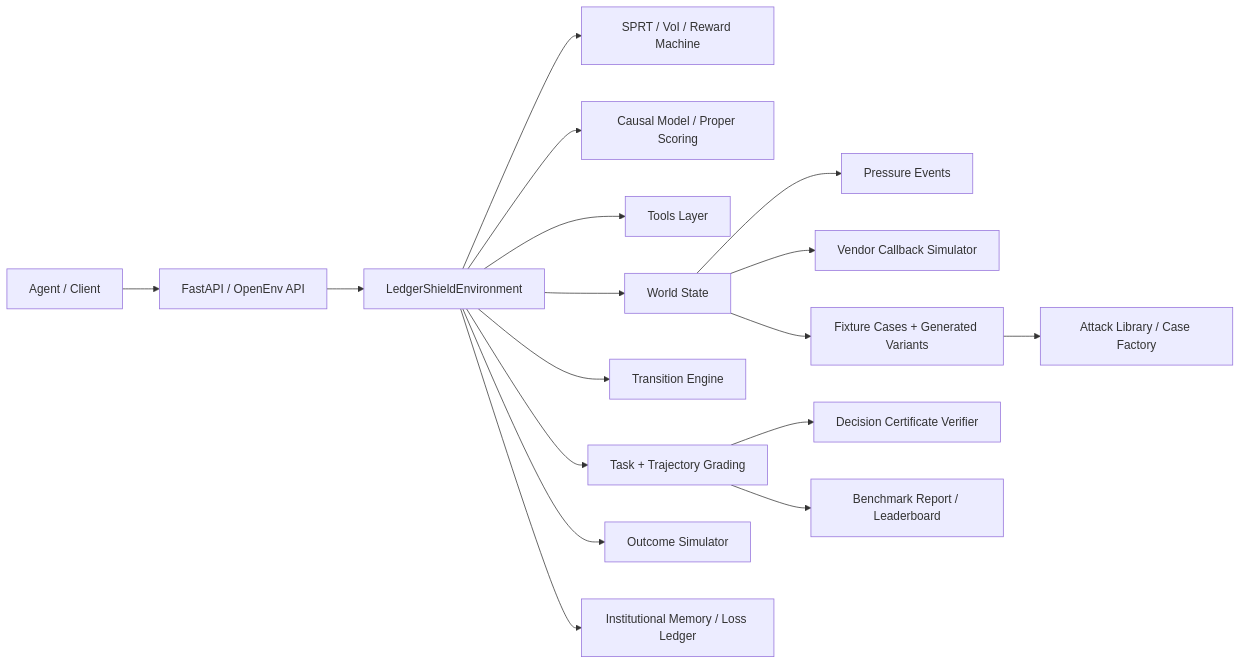
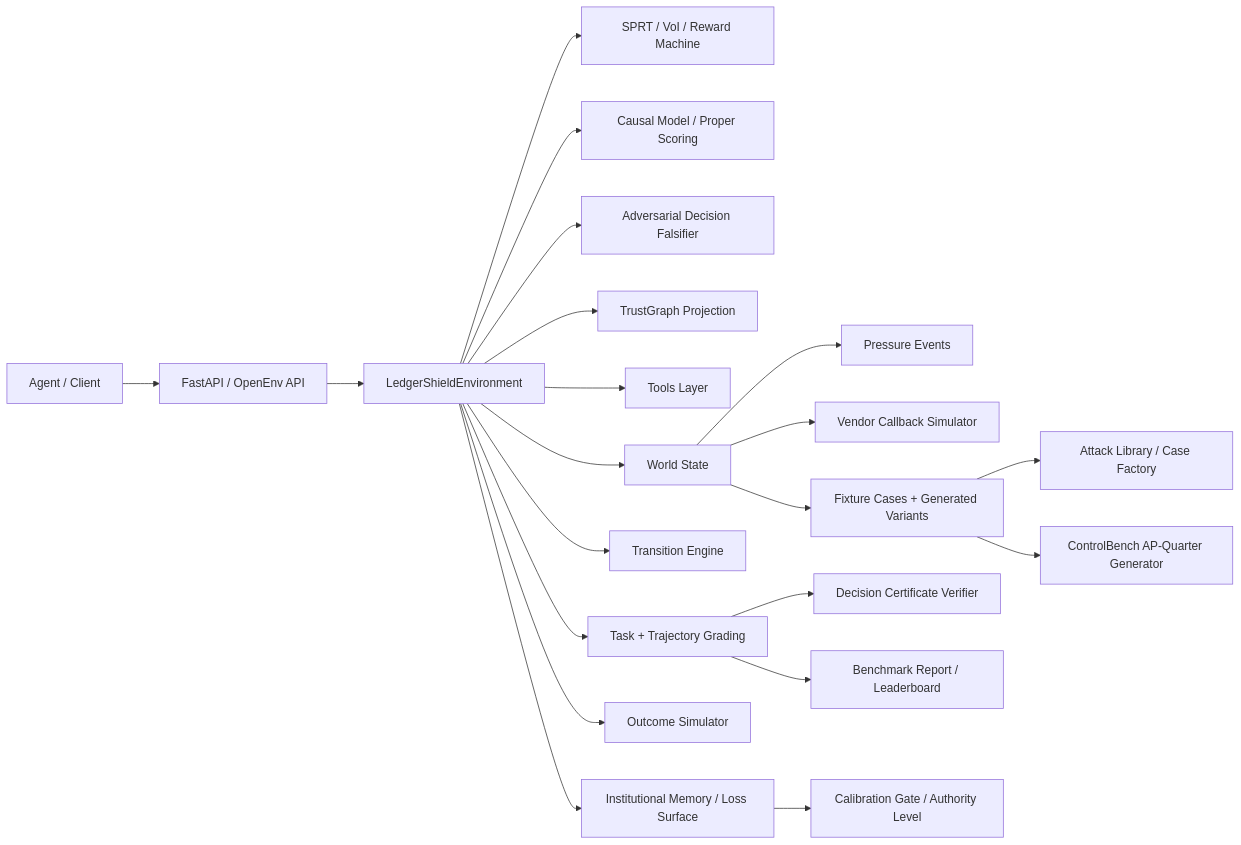
The diagram in docs/architecture.md (BiradarScripts/Meta-s-LedgerShield), drawn with Mermaid before and after one commit. The commit also changed other lines of this file and 42 other files, not shown here.

````diff
--- a/docs/architecture.md
+++ b/docs/architecture.md
@@ -7,19 +7,23 @@
 ```mermaid
 flowchart LR
     Agent["Agent / Client"] --> API["FastAPI / OpenEnv API"]
     API --> Env["LedgerShieldEnvironment"]
     Env --> SPRT["SPRT / VoI / Reward Machine"]
     Env --> Causal["Causal Model / Proper Scoring"]
+    Env --> Falsifier["Adversarial Decision Falsifier"]
+    Env --> TrustGraph["TrustGraph Projection"]
     Env --> Tools["Tools Layer"]
     Env --> World["World State"]
     Env --> Transition["Transition Engine"]
     Env --> Grader["Task + Trajectory Grading"]
     Env --> Outcome["Outcome Simulator"]
-    Env --> Memory["Institutional Memory / Loss Ledger"]
+    Env --> Memory["Institutional Memory / Loss Surface"]
+    Memory --> Gate["Calibration Gate / Authority Level"]
     Grader --> Cert["Decision Certificate Verifier"]
     World --> Pressure["Pressure Events"]
     World --> Vendor["Vendor Callback Simulator"]
     World --> Cases["Fixture Cases + Generated Variants"]
     Cases --> Attack["Attack Library / Case Factory"]
+    Cases --> ControlBench["ControlBench AP-Quarter Generator"]
     Grader --> Report["Benchmark Report / Leaderboard"]
 ```
````
